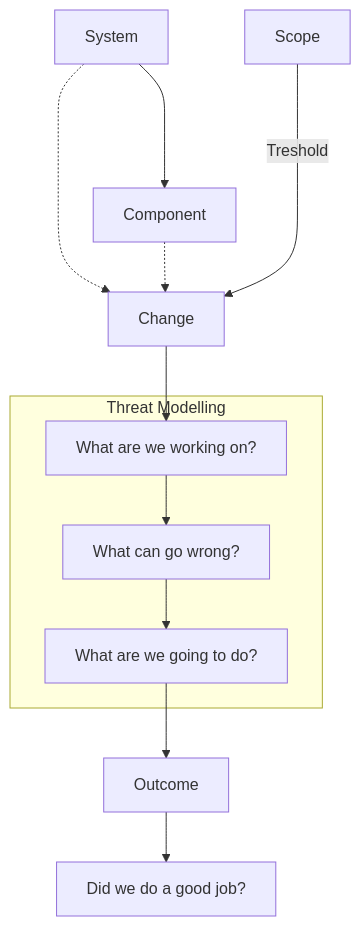
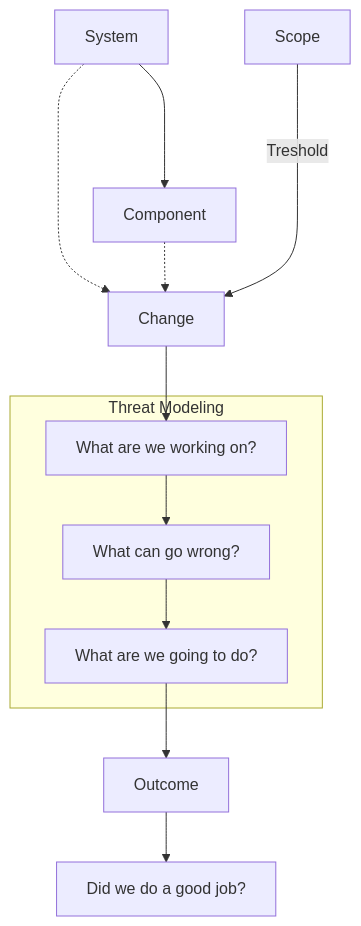
The fourth of 5 diagrams in _posts/2024-08-25-SecurityMonitoring-DataSources.md (lnfernux/lnfernux.github.io), drawn with Mermaid before and after one commit. The commit also changed other lines of this file, not shown here.

````diff
--- a/_posts/2024-08-25-SecurityMonitoring-DataSources.md
+++ b/_posts/2024-08-25-SecurityMonitoring-DataSources.md
@@ -436,18 +436,18 @@
 ```mermaid
 graph TD
 System --> Component
 Change
 System -...-> Change
 Component -.-> Change
 Scope ----> |Treshold| Change
-subgraph "Threat Modelling"
+subgraph "Threat Modeling"
 Q1[What are we working on?]
 Q2[What can go wrong?]
 Q3[What are we going to do?]
 end
 Change --> Q1
 Q1 --> Q2
 Q2 --> Q3
 Q3 --> Outcome
 Outcome --> Q4[Did we do a good job?]
 ```
````
